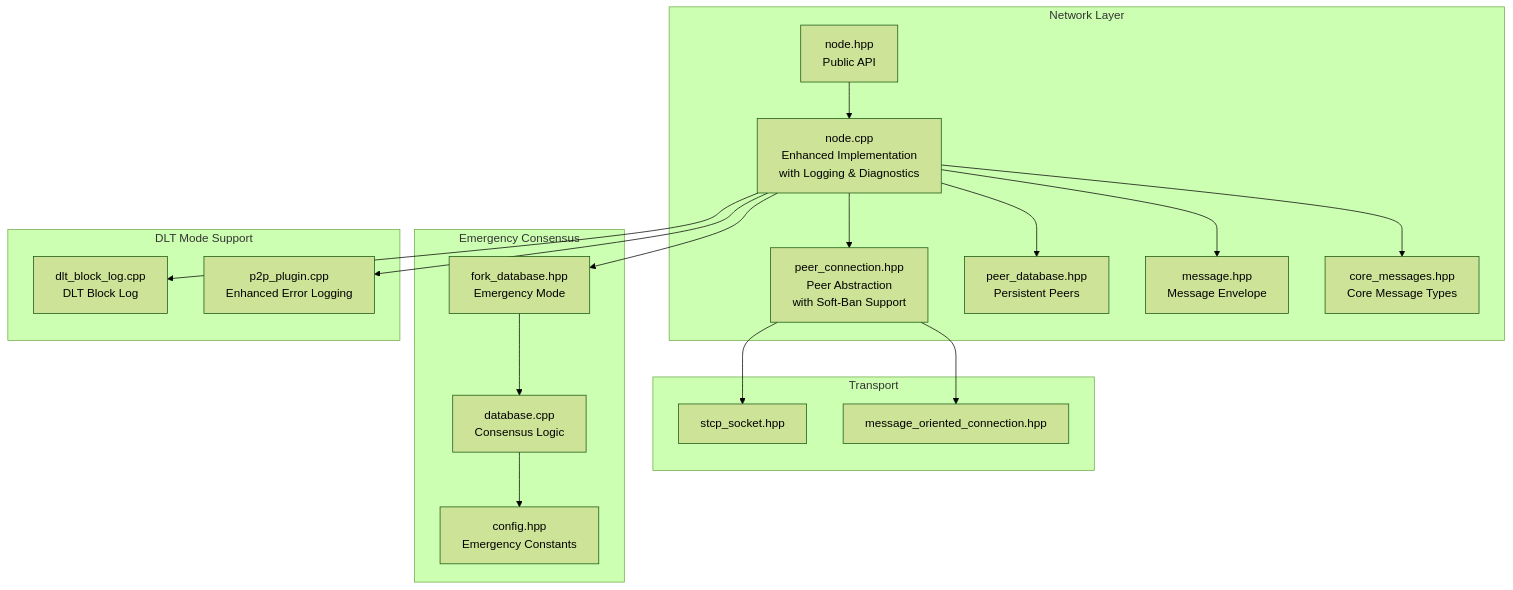
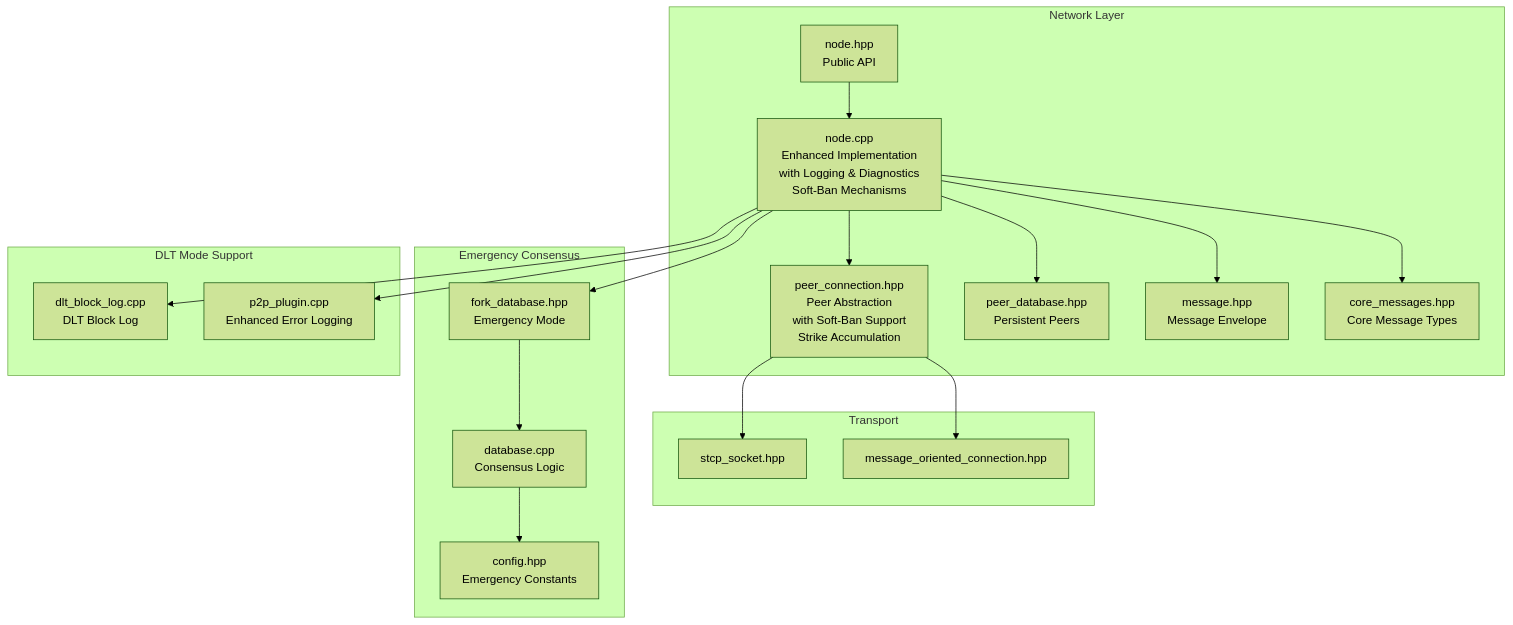
One commit to VIZ-Blockchain/viz-cpp-node changed the first of 8 diagrams in .qoder/repowiki/en/content/Architecture Overview/Core Libraries/Network Library/Node Management.md. Above: the diagram before and after it, drawn with Mermaid (forest theme). The commit also changed other lines of this file and 5 other files, not shown here.

````diff
--- a/.qoder/repowiki/en/content/Architecture Overview/Core Libraries/Network Library/Node Management.md
+++ b/.qoder/repowiki/en/content/Architecture Overview/Core Libraries/Network Library/Node Management.md
@@ -59,36 +60,36 @@
 ```mermaid
 graph TB
 subgraph "Network Layer"
 N["node.hpp<br/>Public API"]
-NI["node.cpp<br/>Enhanced Implementation<br/>with Logging & Diagnostics"]
-PC["peer_connection.hpp<br/>Peer Abstraction<br/>with Soft-Ban Support"]
+NI["node.cpp<br/>Enhanced Implementation<br/>with Logging & Diagnostics<br/>Soft-Ban Mechanisms"]
+PC["peer_connection.hpp<br/>Peer Abstraction<br/>with Soft-Ban Support<br/>Strike Accumulation"]
 PD["peer_database.hpp<br/>Persistent Peers"]
 MSG["message.hpp<br/>Message Envelope"]
 CM["core_messages.hpp<br/>Core Message Types"]
 end
 subgraph "Transport"
 STCP["stcp_socket.hpp"]
 MOC["message_oriented_connection.hpp"]
 end
 subgraph "Emergency Consensus"
 FD["fork_database.hpp<br/>Emergency Mode"]
 DBC["database.cpp<br/>Consensus Logic"]
 CFG["config.hpp<br/>Emergency Constants"]
 end
 subgraph "DLT Mode Support"
 DLP["dlt_block_log.cpp<br/>DLT Block Log"]
 P2P["p2p_plugin.cpp<br/>Enhanced Error Logging"]
 end
 N --> NI
 NI --> PC
 NI --> PD
 NI --> MSG
 NI --> CM
 PC --> STCP
 PC --> MOC
 NI --> FD
 FD --> DBC
 DBC --> CFG
 NI --> DLP
 NI --> P2P
 ```
````
